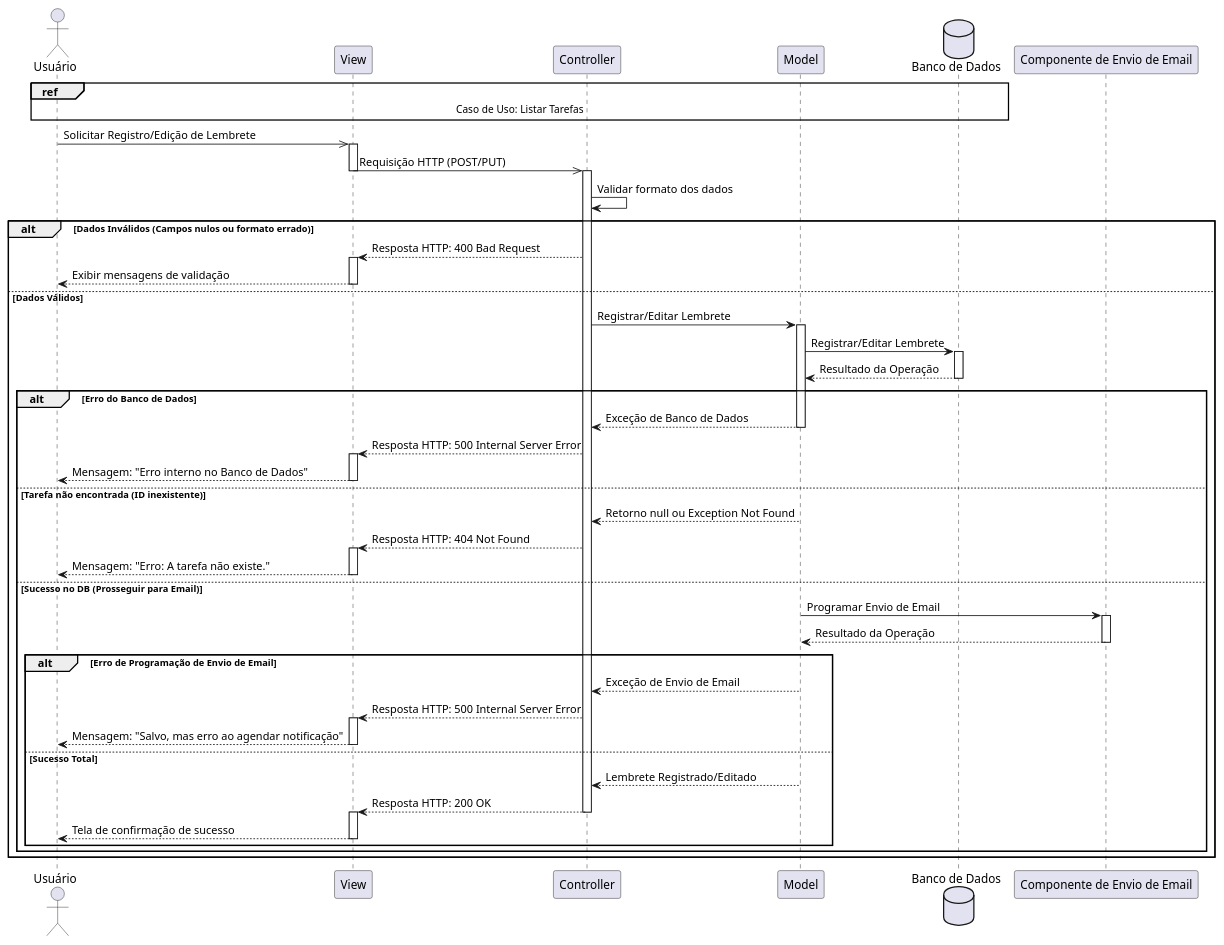
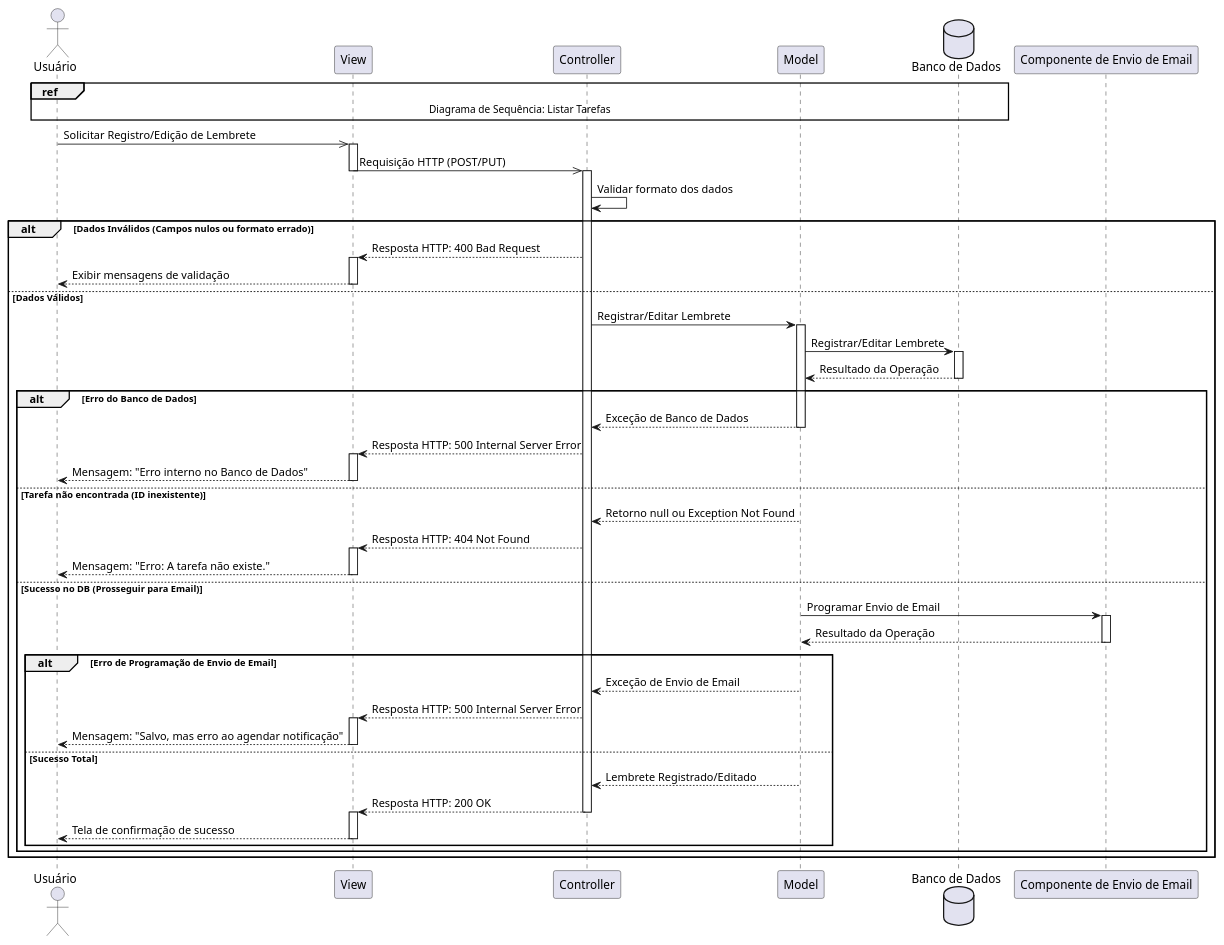
The diagram in UML/Sequencias/lembrete_tarefa.puml (fcolona/ProjetoFinalAPOO), drawn with PlantUML before and after one commit. The commit also changed 5 other files, not shown here.

Commit message:
Pequenos Ajustes nos Diagramas

```diff
--- a/UML/Sequencias/lembrete_tarefa.puml
+++ b/UML/Sequencias/lembrete_tarefa.puml
@@ -1,88 +1,88 @@
 @startuml "Diagrama de Sequência - Editar Tarefa"
 
 actor "Usuário" as User
 participant "View"
 participant "Controller"
 participant "Model"
 database "Banco de Dados" as DB
 participant "Componente de Envio de Email" as Email
 
 ref over User, View, Controller, Model, DB
-  Caso de Uso: Listar Tarefas
+  Diagrama de Sequência: Listar Tarefas
 end ref
 
 User ->> View : Solicitar Registro/Edição de Lembrete
 activate View
 
 View ->> Controller : Requisição HTTP (POST/PUT)
 deactivate View
 activate Controller
 
 Controller -> Controller : Validar formato dos dados
 
 alt Dados Inválidos (Campos nulos ou formato errado)
     ' CASO DE ERRO 1: Validação de Formato falhou
     View <-- Controller : Resposta HTTP: 400 Bad Request
     activate View
     User <-- View : Exibir mensagens de validação
     deactivate View
 
 else Dados Válidos
     Controller -> Model : Registrar/Editar Lembrete
     activate Model
 
     Model -> DB : Registrar/Editar Lembrete
     activate DB
     Model <-- DB : Resultado da Operação
     deactivate DB
 
     alt Erro do Banco de Dados
         ' CASO DE ERRO 2: Falha Interna do BD
         Controller <-- Model : Exceção de Banco de Dados
         deactivate Model
         
         View <-- Controller : Resposta HTTP: 500 Internal Server Error
         activate View
         User <-- View : Mensagem: "Erro interno no Banco de Dados"
         deactivate View
     
     else Tarefa não encontrada (ID inexistente)
         ' CASO DE ERRO 3: Recurso não encontrado
         Controller <-- Model : Retorno null ou Exception Not Found
         deactivate Model
         
         View <-- Controller : Resposta HTTP: 404 Not Found
         activate View
         User <-- View : Mensagem: "Erro: A tarefa não existe."
         deactivate View
 
     else Sucesso no DB (Prosseguir para Email)
         Model -> Email : Programar Envio de Email
         activate Email
         Model <-- Email : Resultado da Operação
         deactivate Email
 
         alt Erro de Programação de Envio de Email
             ' CASO DE ERRO 4: Falha Interna do Componente de Email
             Controller <-- Model : Exceção de Envio de Email
             deactivate Model
 
             View <-- Controller : Resposta HTTP: 500 Internal Server Error
             activate View
             User <-- View : Mensagem: "Salvo, mas erro ao agendar notificação"
             deactivate View
             
         else Sucesso Total
             ' Caminho de Sucesso
             Controller <-- Model : Lembrete Registrado/Editado
             deactivate Model
             
             View <-- Controller : Resposta HTTP: 200 OK
             deactivate Controller
             activate View
             User <-- View : Tela de confirmação de sucesso
             deactivate View
         end
     end
 end
 @enduml
```
